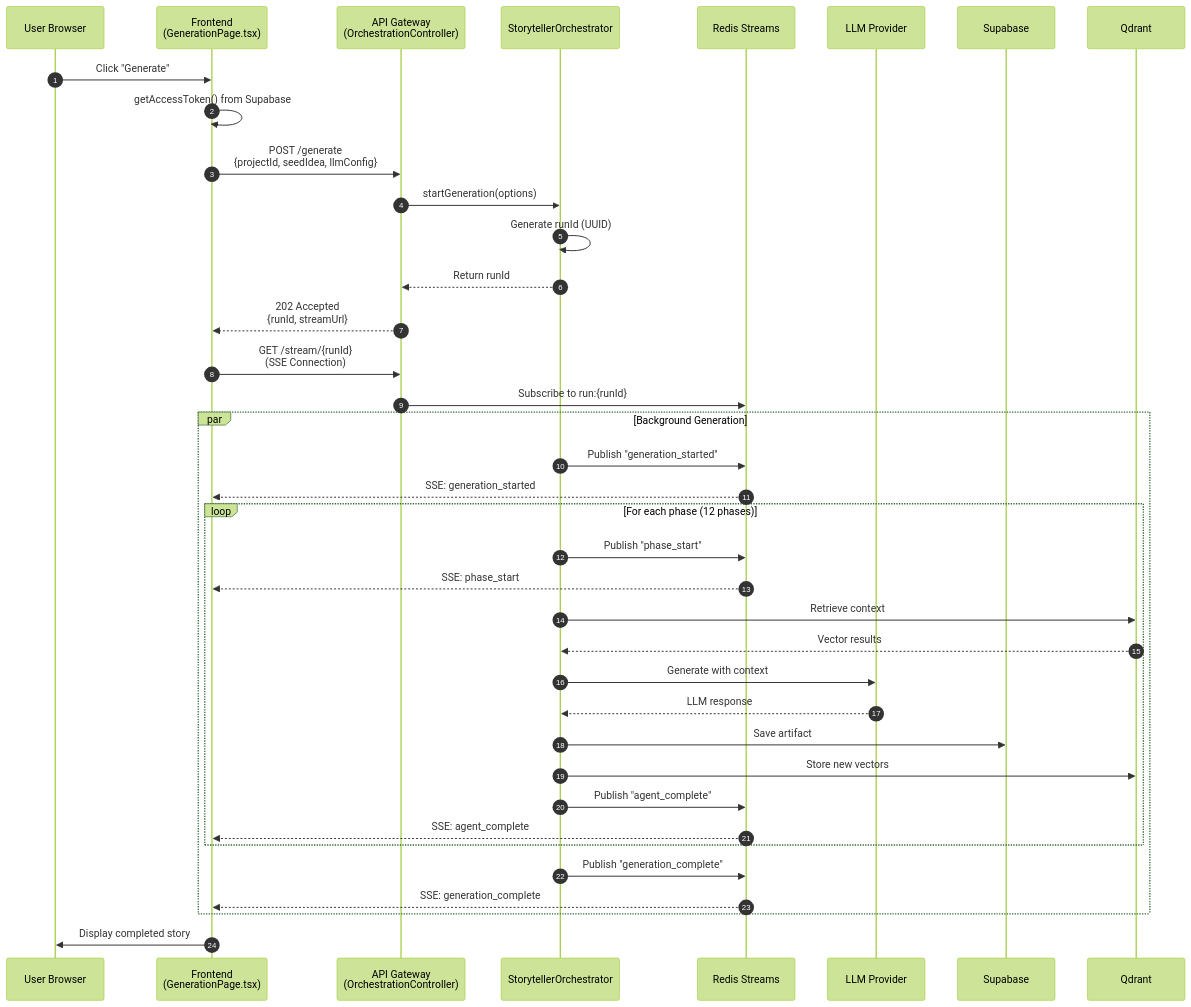
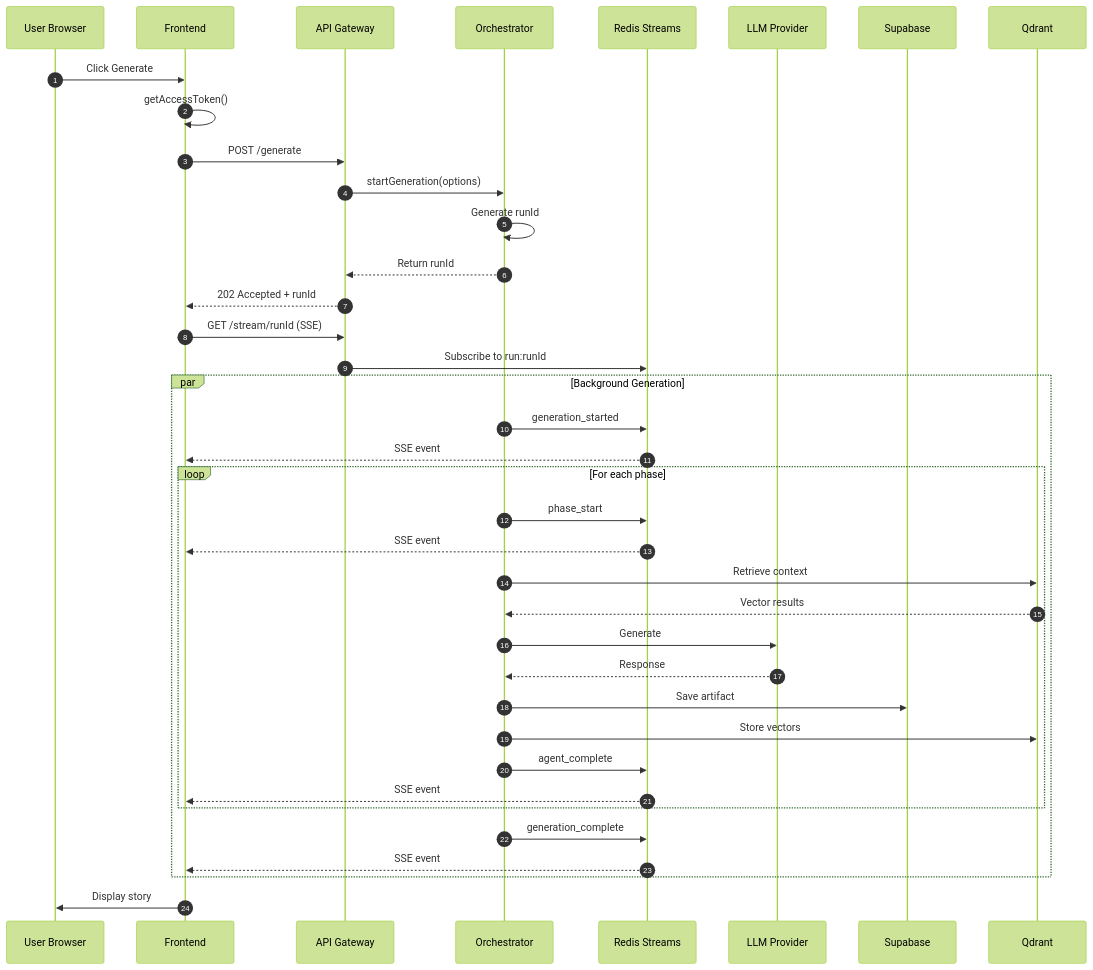
Before and after one commit to IShalkin/manoe: the second of 9 diagrams in README.md, drawn with Mermaid (forest theme). The commit also changed other lines of this file, not shown here.

First line of the commit message:
fix: Remove HTML br tags from Mermaid diagrams for GitHub compatibility

````diff
--- a/README.md
+++ b/README.md
@@ -85,46 +85,46 @@
 ```mermaid
 sequenceDiagram
     autonumber
     participant User as User Browser
-    participant FE as Frontend<br/>(GenerationPage.tsx)
-    participant API as API Gateway<br/>(OrchestrationController)
-    participant Orch as StorytellerOrchestrator
+    participant FE as Frontend
+    participant API as API Gateway
+    participant Orch as Orchestrator
     participant Redis as Redis Streams
     participant LLM as LLM Provider
-    participant Supabase as Supabase
-    participant Qdrant as Qdrant
+    participant DB as Supabase
+    participant Vec as Qdrant
 
-    User->>FE: Click "Generate"
-    FE->>FE: getAccessToken() from Supabase
-    FE->>API: POST /generate<br/>{projectId, seedIdea, llmConfig}
+    User->>FE: Click Generate
+    FE->>FE: getAccessToken()
+    FE->>API: POST /generate
     API->>Orch: startGeneration(options)
-    Orch->>Orch: Generate runId (UUID)
+    Orch->>Orch: Generate runId
     Orch-->>API: Return runId
-    API-->>FE: 202 Accepted<br/>{runId, streamUrl}
+    API-->>FE: 202 Accepted + runId
     
-    FE->>API: GET /stream/{runId}<br/>(SSE Connection)
-    API->>Redis: Subscribe to run:{runId}
+    FE->>API: GET /stream/runId (SSE)
+    API->>Redis: Subscribe to run:runId
     
     par Background Generation
-        Orch->>Redis: Publish "generation_started"
-        Redis-->>FE: SSE: generation_started
+        Orch->>Redis: generation_started
+        Redis-->>FE: SSE event
         
-        loop For each phase (12 phases)
-            Orch->>Redis: Publish "phase_start"
-            Redis-->>FE: SSE: phase_start
-            Orch->>Qdrant: Retrieve context
-            Qdrant-->>Orch: Vector results
-            Orch->>LLM: Generate with context
-            LLM-->>Orch: LLM response
-            Orch->>Supabase: Save artifact
-            Orch->>Qdrant: Store new vectors
-            Orch->>Redis: Publish "agent_complete"
-            Redis-->>FE: SSE: agent_complete
+        loop For each phase
+            Orch->>Redis: phase_start
+            Redis-->>FE: SSE event
+            Orch->>Vec: Retrieve context
+            Vec-->>Orch: Vector results
+            Orch->>LLM: Generate
+            LLM-->>Orch: Response
+            Orch->>DB: Save artifact
+            Orch->>Vec: Store vectors
+            Orch->>Redis: agent_complete
+            Redis-->>FE: SSE event
         end
         
-        Orch->>Redis: Publish "generation_complete"
-        Redis-->>FE: SSE: generation_complete
+        Orch->>Redis: generation_complete
+        Redis-->>FE: SSE event
     end
     
-    FE->>User: Display completed story
+    FE->>User: Display story
 ```
````
